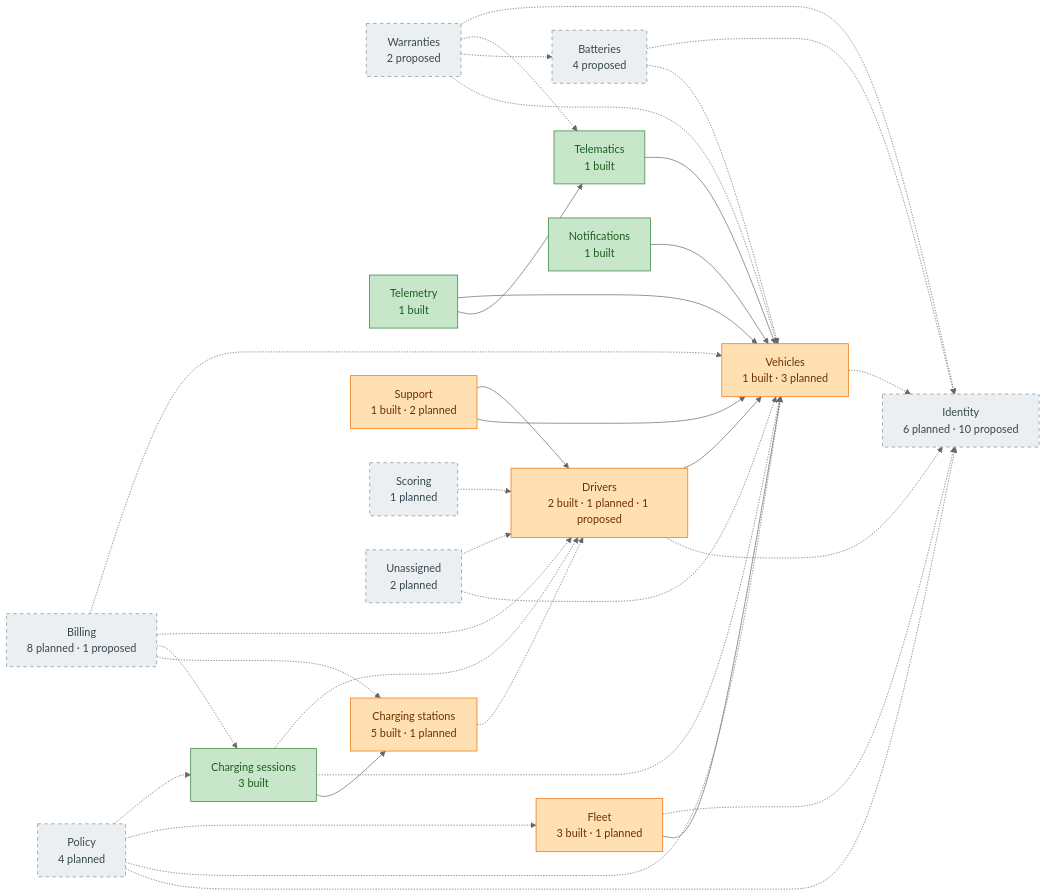
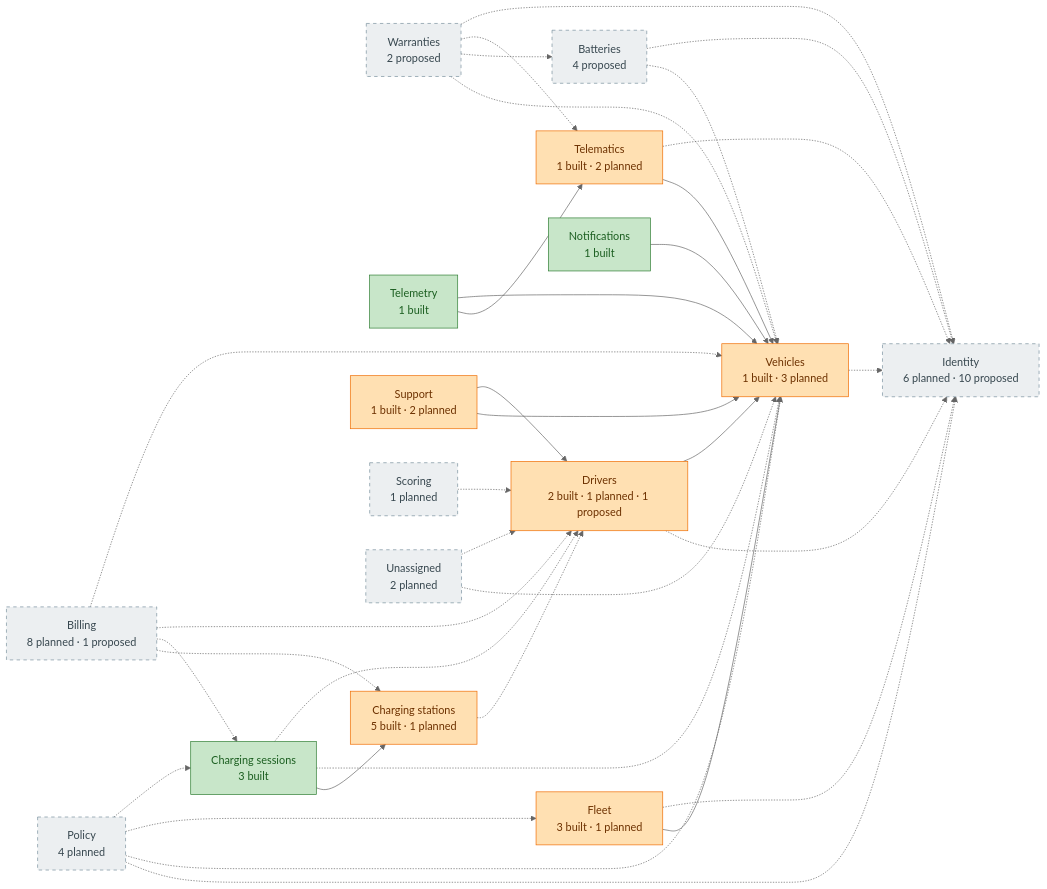
The diagram in docs/design/domain-model/overview.md (yolo-coccoc/G3Network-app), drawn with Mermaid (neutral theme) before and after one commit. The commit also changed other lines of this file and 21 other files, not shown here.

````diff
--- a/docs/design/domain-model/overview.md
+++ b/docs/design/domain-model/overview.md
@@ -28,54 +28,55 @@
 ```mermaid
 flowchart LR
   identity["Identity<br/>6 planned · 10 proposed"]:::planned
   vehicles["Vehicles<br/>1 built · 3 planned"]:::partial
   batteries["Batteries<br/>4 proposed"]:::planned
   warranties["Warranties<br/>2 proposed"]:::planned
-  telematics["Telematics<br/>1 built"]:::built
+  telematics["Telematics<br/>1 built · 2 planned"]:::partial
   telemetry["Telemetry<br/>1 built"]:::built
   drivers["Drivers<br/>2 built · 1 planned · 1 proposed"]:::partial
   fleet["Fleet<br/>3 built · 1 planned"]:::partial
   charging_stations["Charging stations<br/>5 built · 1 planned"]:::partial
   charging_sessions["Charging sessions<br/>3 built"]:::built
   notifications["Notifications<br/>1 built"]:::built
   support["Support<br/>1 built · 2 planned"]:::partial
   policy["Policy<br/>4 planned"]:::planned
   billing["Billing<br/>8 planned · 1 proposed"]:::planned
   scoring["Scoring<br/>1 planned"]:::planned
   unassigned["Unassigned<br/>2 planned"]:::planned
   batteries -.-> vehicles
   warranties -.-> vehicles
   warranties -.-> batteries
   warranties -.-> telematics
   telematics --> vehicles
   telemetry --> telematics
   telemetry --> vehicles
   drivers -.-> identity
   drivers --> vehicles
   fleet --> vehicles
   fleet -.-> identity
   charging_stations -.-> drivers
   charging_sessions --> charging_stations
   charging_sessions -.-> vehicles
   charging_sessions -.-> drivers
   notifications --> vehicles
   support --> vehicles
   support --> drivers
   policy -.-> identity
   policy -.-> vehicles
   policy -.-> fleet
   policy -.-> charging_sessions
   billing -.-> charging_stations
   billing -.-> charging_sessions
   billing -.-> drivers
   billing -.-> vehicles
   scoring -.-> drivers
   unassigned -.-> vehicles
   unassigned -.-> drivers
   vehicles -.-> identity
   batteries -.-> identity
   warranties -.-> identity
+  telematics -.-> identity
   classDef built fill:#C8E6C9,stroke:#2E7D32,color:#1B5E20
   classDef partial fill:#FFE0B2,stroke:#EF6C00,color:#6D3100
   classDef planned fill:#ECEFF1,stroke:#78909C,color:#37474F,stroke-dasharray:5 5
 ```
````
